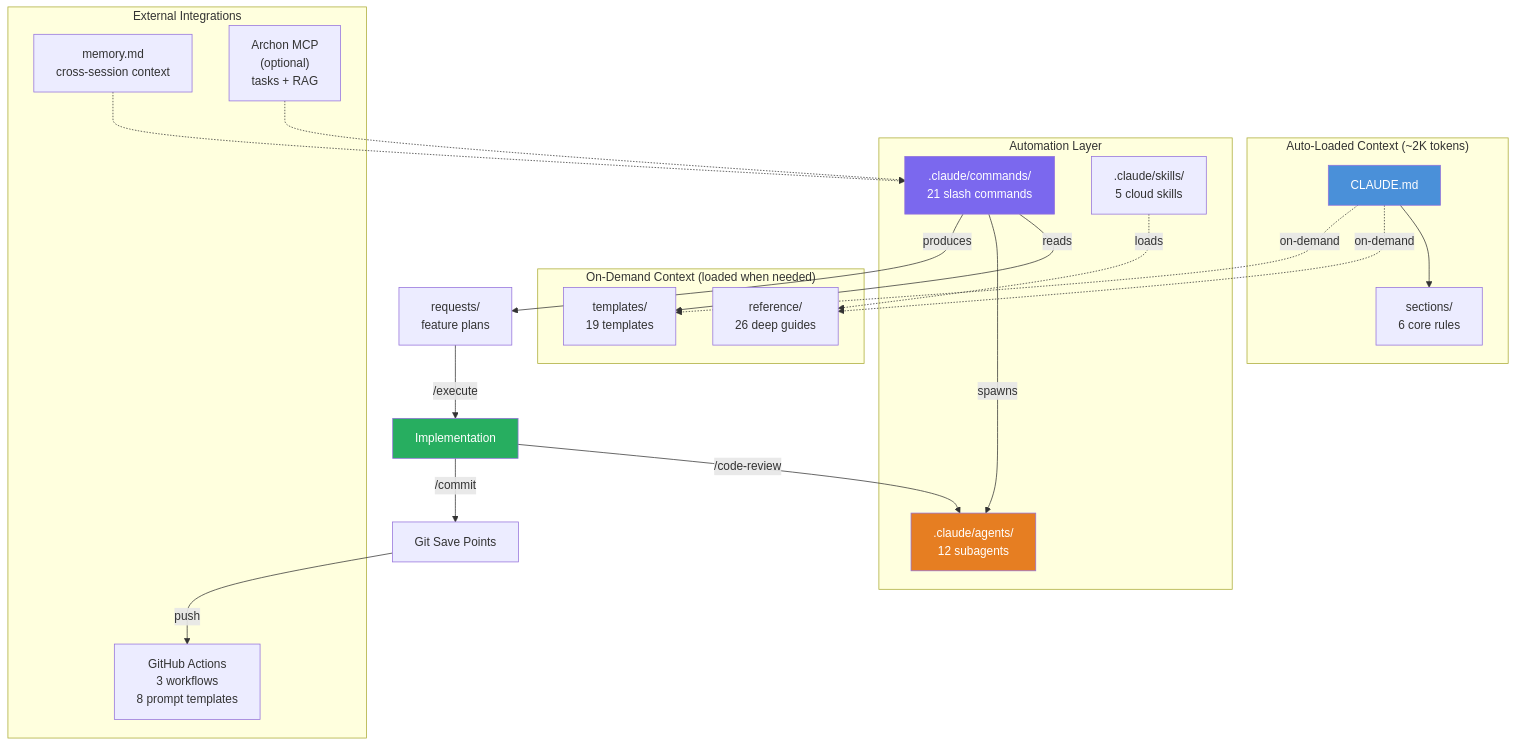
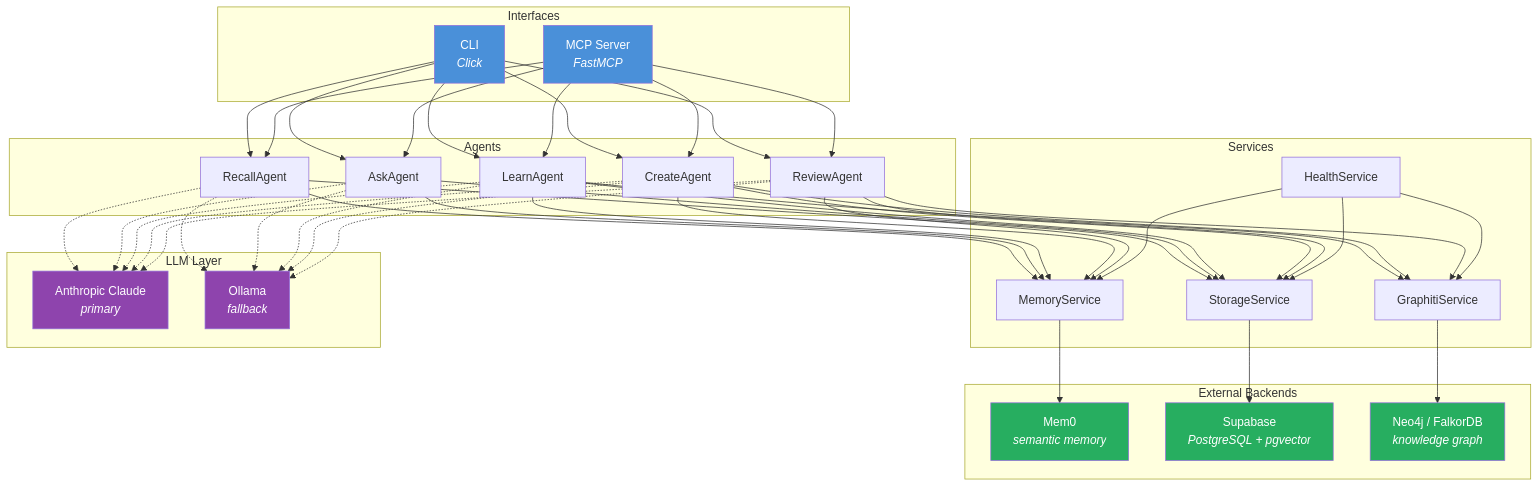
Before and after one commit to ryanjosebrosas/second-brain-ultimatum: the fourth of 8 diagrams in README.md, drawn with Mermaid. The commit also changed other lines of this file, not shown here.

First line of the commit message:
docs: rewrite README for Second Brain copywriter agent

````diff
--- a/README.md
+++ b/README.md
@@ -127,41 +253,55 @@
 ```mermaid
 graph TD
-    subgraph "Auto-Loaded Context (~2K tokens)"
-        CLAUDE["CLAUDE.md"] --> S["sections/<br/>6 core rules"]
+    subgraph "Interfaces"
+        CLI["CLI<br/><i>Click</i>"]
+        MCP["MCP Server<br/><i>FastMCP</i>"]
     end
 
-    subgraph "On-Demand Context (loaded when needed)"
-        R["reference/<br/>26 deep guides"]
-        T["templates/<br/>19 templates"]
+    subgraph "Agents"
+        RA["RecallAgent"]
+        AA["AskAgent"]
+        LA["LearnAgent"]
+        CA["CreateAgent"]
+        RV["ReviewAgent"]
     end
 
-    subgraph "Automation Layer"
-        CMD[".claude/commands/<br/>21 slash commands"]
-        AG[".claude/agents/<br/>12 subagents"]
-        SK[".claude/skills/<br/>5 cloud skills"]
+    subgraph "Services"
+        MS["MemoryService"]
+        SS["StorageService"]
+        HS["HealthService"]
+        GS["GraphitiService"]
     end
 
-    subgraph "External Integrations"
-        MEM["memory.md<br/>cross-session context"]
-        ARCHON["Archon MCP<br/>(optional)<br/>tasks + RAG"]
-        GH["GitHub Actions<br/>3 workflows<br/>8 prompt templates"]
+    subgraph "External Backends"
+        M0["Mem0<br/><i>semantic memory</i>"]
+        SB["Supabase<br/><i>PostgreSQL + pgvector</i>"]
+        N4["Neo4j / FalkorDB<br/><i>knowledge graph</i>"]
     end
 
-    CLAUDE -.->|"on-demand"| R
-    CLAUDE -.->|"on-demand"| T
-    CMD -->|"reads"| T
-    CMD -->|"spawns"| AG
-    SK -.->|"loads"| R
-    MEM -.-> CMD
-    ARCHON -.-> CMD
-    CMD -->|"produces"| REQ["requests/<br/>feature plans"]
-    REQ -->|"/execute"| IMPL["Implementation"]
-    IMPL -->|"/code-review"| AG
-    IMPL -->|"/commit"| GIT["Git Save Points"]
-    GIT -->|"push"| GH
+    subgraph "LLM Layer"
+        CLAUDE["Anthropic Claude<br/><i>primary</i>"]
+        OLLAMA["Ollama<br/><i>fallback</i>"]
+    end
 
-    style CLAUDE fill:#4a90d9,color:#fff
-    style CMD fill:#7b68ee,color:#fff
-    style AG fill:#e67e22,color:#fff
-    style IMPL fill:#27ae60,color:#fff
+    CLI --> RA & AA & LA & CA & RV
+    MCP --> RA & AA & LA & CA & RV
+
+    RA & AA & LA & CA & RV --> MS & SS
+    LA & CA & RV --> GS
+
+    MS --> M0
+    SS --> SB
+    GS --> N4
+    HS --> SS & MS & GS
+
+    RA & AA & LA & CA & RV -.-> CLAUDE
+    RA & AA & LA & CA & RV -.-> OLLAMA
+
+    style CLI fill:#4a90d9,color:#fff
+    style MCP fill:#4a90d9,color:#fff
+    style CLAUDE fill:#8e44ad,color:#fff
+    style OLLAMA fill:#8e44ad,color:#fff
+    style M0 fill:#27ae60,color:#fff
+    style SB fill:#27ae60,color:#fff
+    style N4 fill:#27ae60,color:#fff
 ```
````
